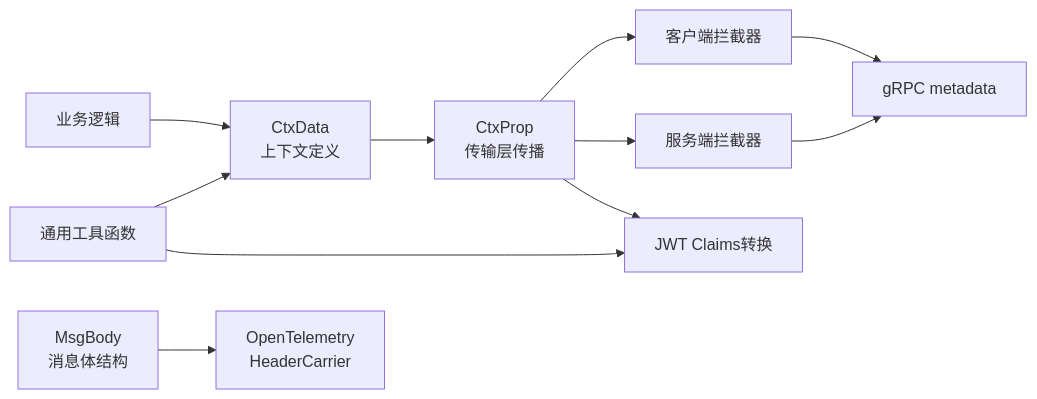
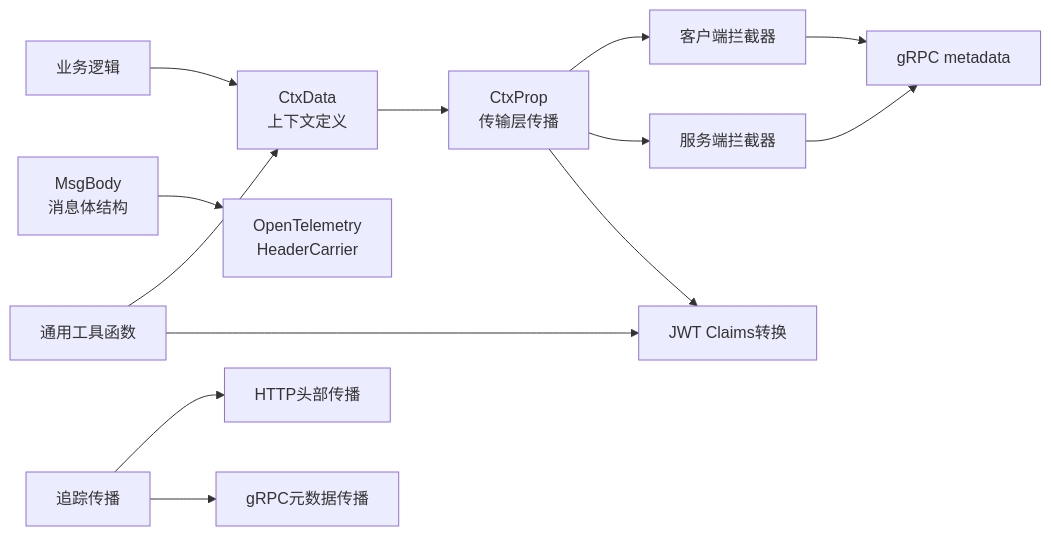
Before and after one commit to maomao94/zero-service: the fifth of 5 diagrams in .qoder/repowiki/zh/content/公共组件库/工具组件/上下文执行工具/上下文数据管理.md, drawn with Mermaid. The commit also changed other lines of this file and 25 other files, not shown here.

````diff
--- a/.qoder/repowiki/zh/content/公共组件库/工具组件/上下文执行工具/上下文数据管理.md
+++ b/.qoder/repowiki/zh/content/公共组件库/工具组件/上下文执行工具/上下文数据管理.md
@@ -364,13 +388,15 @@
 ```mermaid
 graph LR
 Ctx["CtxData<br/>上下文定义"] --> Prop["CtxProp<br/>传输层传播"]
 Prop --> ICli["客户端拦截器"]
 Prop --> ISrv["服务端拦截器"]
 Prop --> Claims["JWT Claims转换"]
 Msg["MsgBody<br/>消息体结构"] --> OTel["OpenTelemetry<br/>HeaderCarrier"]
 Tool["通用工具函数"] --> Ctx
 Tool --> Claims
 Logic["业务逻辑"] --> Ctx
 ICli --> MD["gRPC metadata"]
 ISrv --> MD
+Trace["追踪传播"] --> HTTP["HTTP头部传播"]
+Trace --> GRPC["gRPC元数据传播"]
 ```
````
